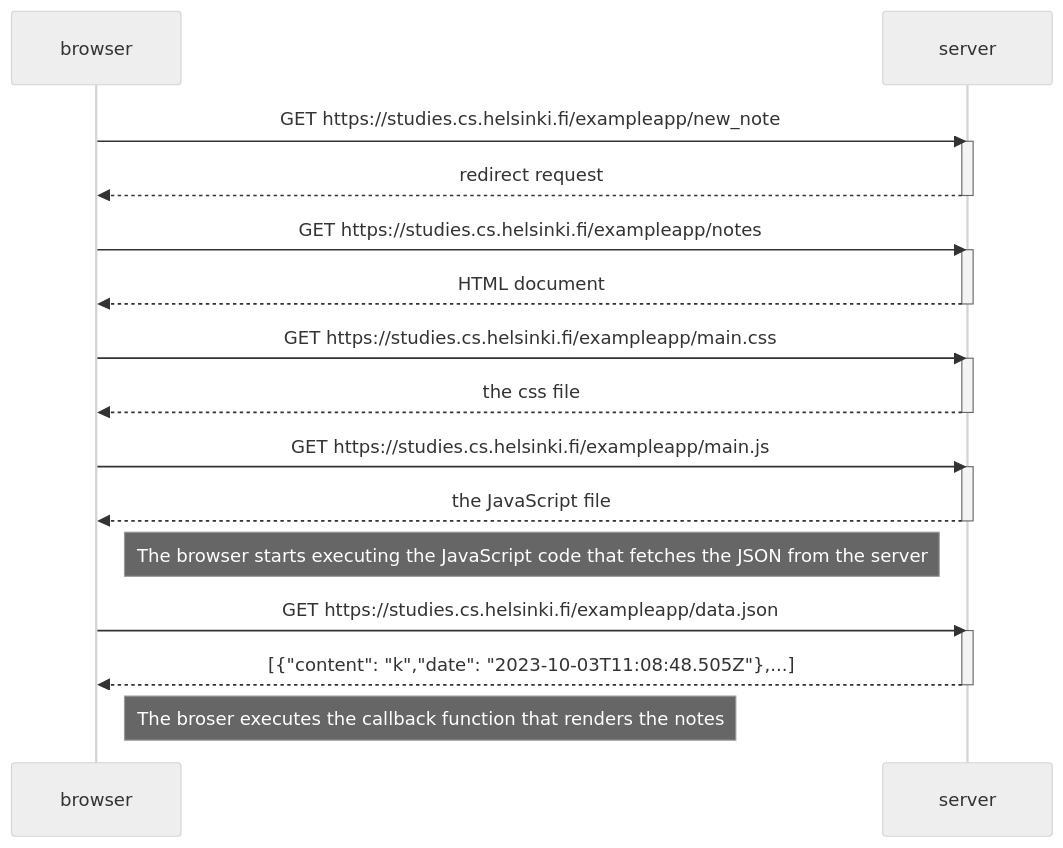
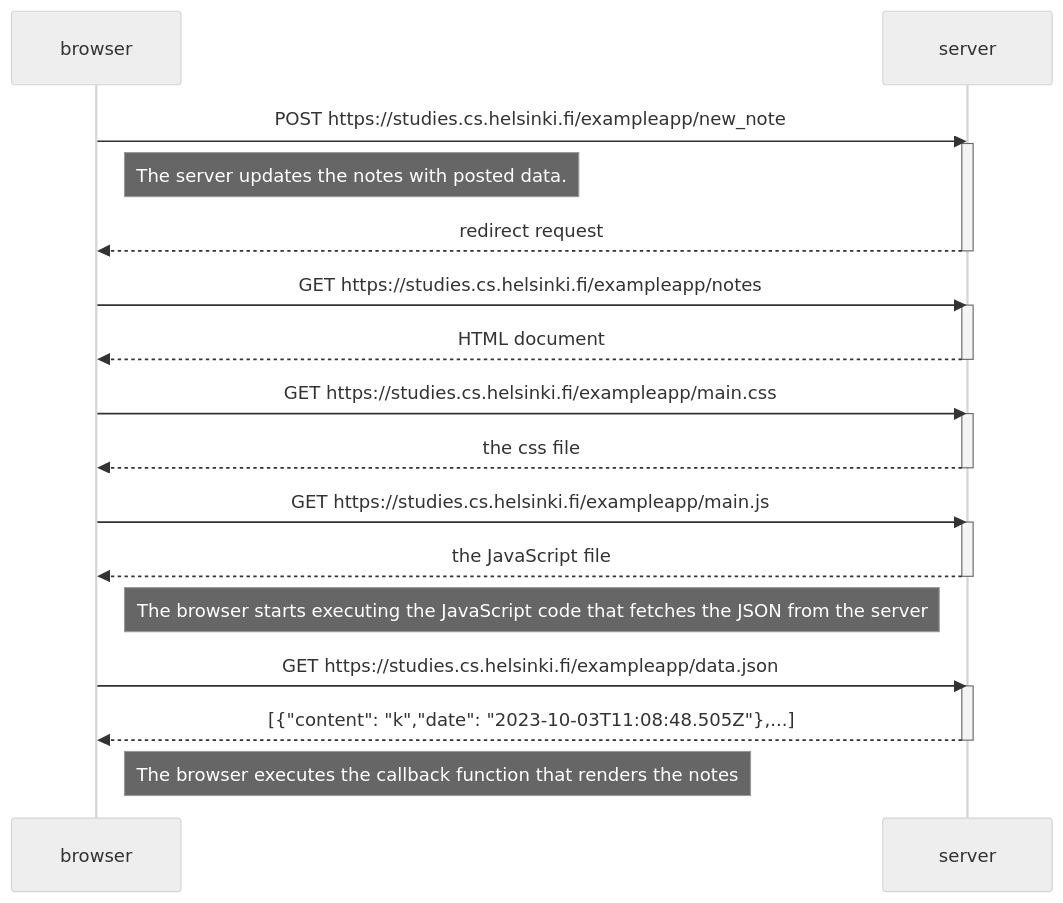
Before and after one commit to lassisav/fso: the diagram in osa0/t04.md, drawn with Mermaid (neutral theme).

Commit message:
Paranneltiin ratkaisua tehtävään 0.4.

````diff
--- a/osa0/t04.md
+++ b/osa0/t04.md
@@ -2,34 +2,35 @@
 ```mermaid
 sequenceDiagram
     participant browser
     participant server
 
-    browser->>server: GET https://studies.cs.helsinki.fi/exampleapp/new_note
+    browser->>server: POST https://studies.cs.helsinki.fi/exampleapp/new_note
     activate server
+    Note right of browser: The server updates the notes with posted data.
     server-->>browser: redirect request
     deactivate server
 
     browser->>server: GET https://studies.cs.helsinki.fi/exampleapp/notes
     activate server
     server-->>browser: HTML document
     deactivate server
 
     browser->>server: GET https://studies.cs.helsinki.fi/exampleapp/main.css
     activate server
     server-->>browser: the css file
     deactivate server
 
     browser->>server: GET https://studies.cs.helsinki.fi/exampleapp/main.js
     activate server
     server-->>browser: the JavaScript file
     deactivate server
 
     Note right of browser: The browser starts executing the JavaScript code that fetches the JSON from the server
 
     browser->>server: GET https://studies.cs.helsinki.fi/exampleapp/data.json
     activate server
     server-->>browser: [{"content": "k","date": "2023-10-03T11:08:48.505Z"},...]
     deactivate server
 
-    Note right of browser: The broser executes the callback function that renders the notes
+    Note right of browser: The browser executes the callback function that renders the notes
 ```
````
